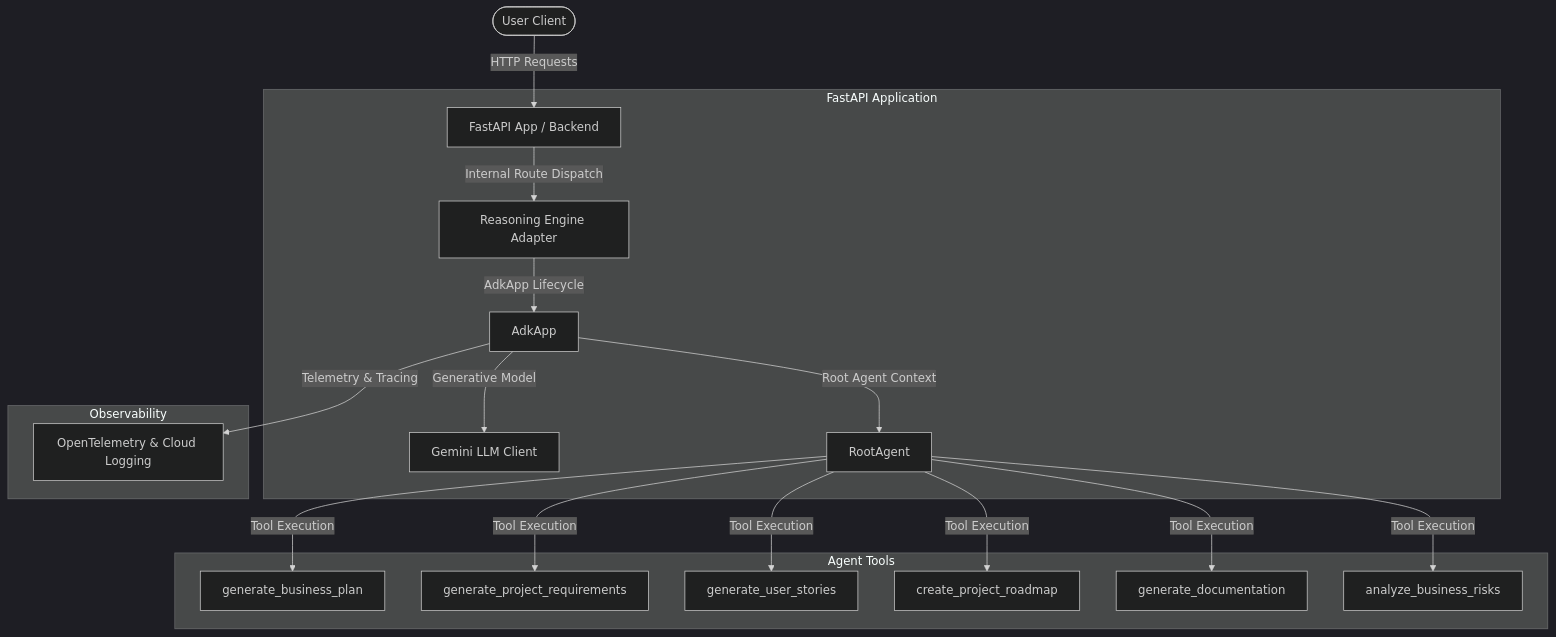
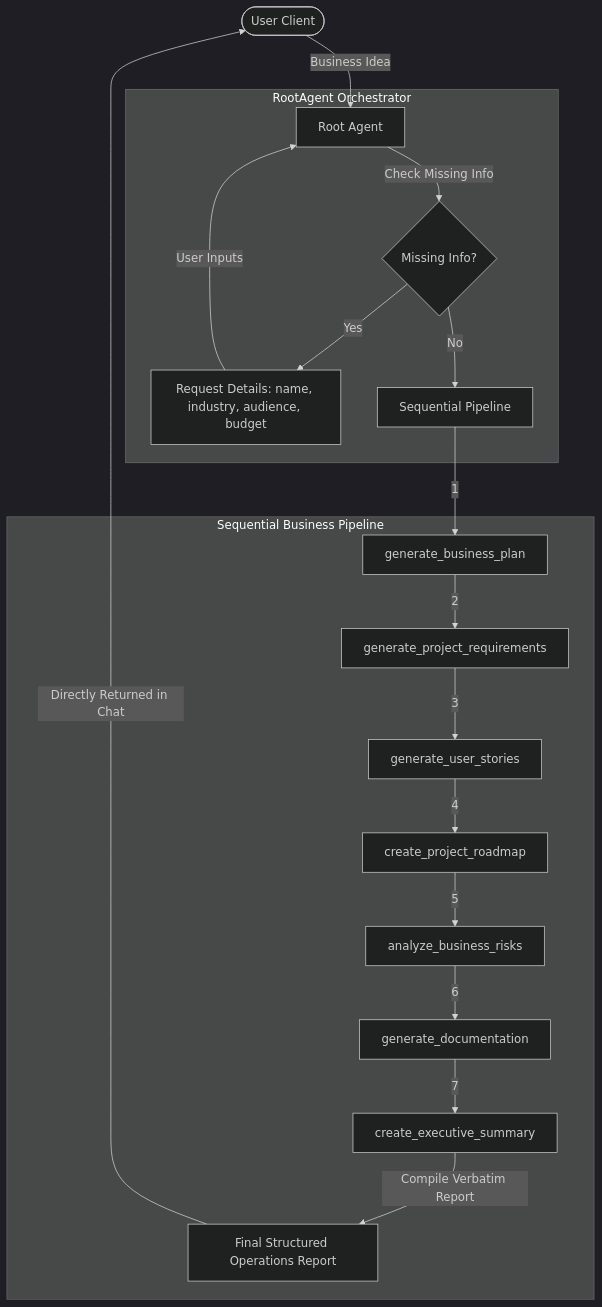
The diagram in SUBMISSION_WRITEUP.md (uicoder1/sprintpilot-ai), drawn with Mermaid (dark theme) before and after one commit. The commit also changed other lines of this file and 2 other files, not shown here.

````diff
--- a/SUBMISSION_WRITEUP.md
+++ b/SUBMISSION_WRITEUP.md
@@ -14,24 +36,25 @@
 ```mermaid
 graph TD
-    User([User Client]) -->|HTTP Requests| FastAPI[FastAPI App / Backend]
+    User([User Client]) -->|Business Idea| RootAgent[Root Agent]
     
-    subgraph FastAPI Application
-        FastAPI -->|Internal Route Dispatch| Adapters[Reasoning Engine Adapter]
-        Adapters -->|AdkApp Lifecycle| ADK[AdkApp]
-        ADK -->|Generative Model| Model[Gemini LLM Client]
-        ADK -->|Root Agent Context| Agent[RootAgent]
+    subgraph RootAgent Orchestrator
+        RootAgent -->|Check Missing Info| Missing{Missing Info?}
+        Missing -->|Yes| AskUser[Request Details: name, industry, audience, budget]
+        AskUser -->|User Inputs| RootAgent
+        
+        Missing -->|No| SeqWorkflow[Sequential Pipeline]
     end
     
-    subgraph Agent Tools
-        Agent -->|Tool Execution| BizPlan[generate_business_plan]
-        Agent -->|Tool Execution| PRD[generate_project_requirements]
-        Agent -->|Tool Execution| Stories[generate_user_stories]
-        Agent -->|Tool Execution| Roadmap[create_project_roadmap]
-        Agent -->|Tool Execution| Doc[generate_documentation]
-        Agent -->|Tool Execution| Risk[analyze_business_risks]
+    subgraph Sequential Business Pipeline
+        SeqWorkflow -->|1| BizPlan[generate_business_plan]
+        BizPlan -->|2| ReqGen[generate_project_requirements]
+        ReqGen -->|3| StoryGen[generate_user_stories]
+        StoryGen -->|4| RoadGen[create_project_roadmap]
+        RoadGen -->|5| RiskGen[analyze_business_risks]
+        RiskGen -->|6| DocGen[generate_documentation]
+        DocGen -->|7| ExecGen[create_executive_summary]
+        ExecGen -->|Compile Verbatim Report| Report[Final Structured Operations Report]
     end
     
-    subgraph Observability
-        ADK -->|Telemetry & Tracing| OTel[OpenTelemetry & Cloud Logging]
-    end
+    Report -->|Directly Returned in Chat| User
 ```
````
